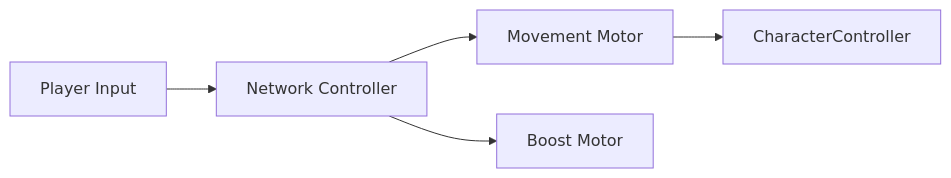
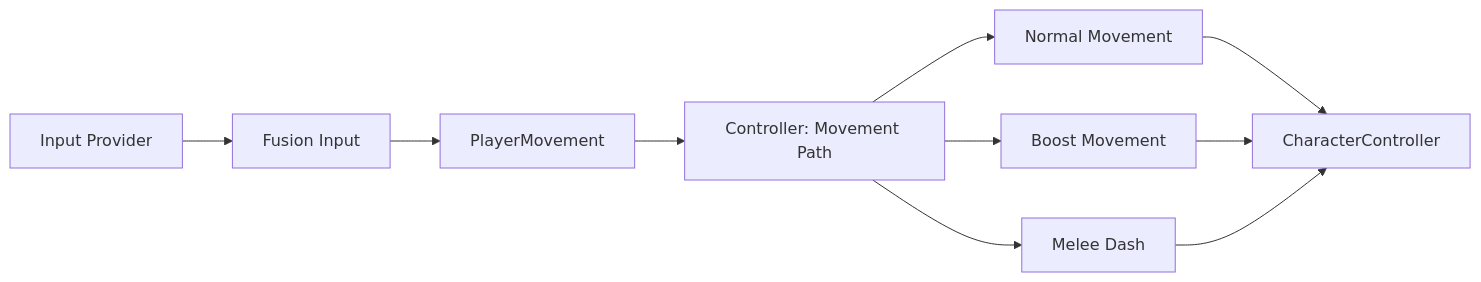
One commit to wjddh1999/RIP-Showcase changed the diagram in README.md. Above: the diagram before and after it, drawn with Mermaid. The commit also changed other lines of this file and 25 other files, not shown here.

````diff
--- a/README.md
+++ b/README.md
@@ -53,7 +56,12 @@
 ```mermaid
 flowchart LR
-    I[Player Input] --> N[Network Controller]
-    N --> M[Movement Motor]
-    N --> B[Boost Motor]
+    I[Input Provider] --> F[Fusion Input]
+    F --> P[PlayerMovement]
+    P --> N[Controller: Movement Path]
+    N --> M[Normal Movement]
+    N --> B[Boost Movement]
+    N --> D[Melee Dash]
     M --> C[CharacterController]
+    B --> C
+    D --> C
 ```
````
